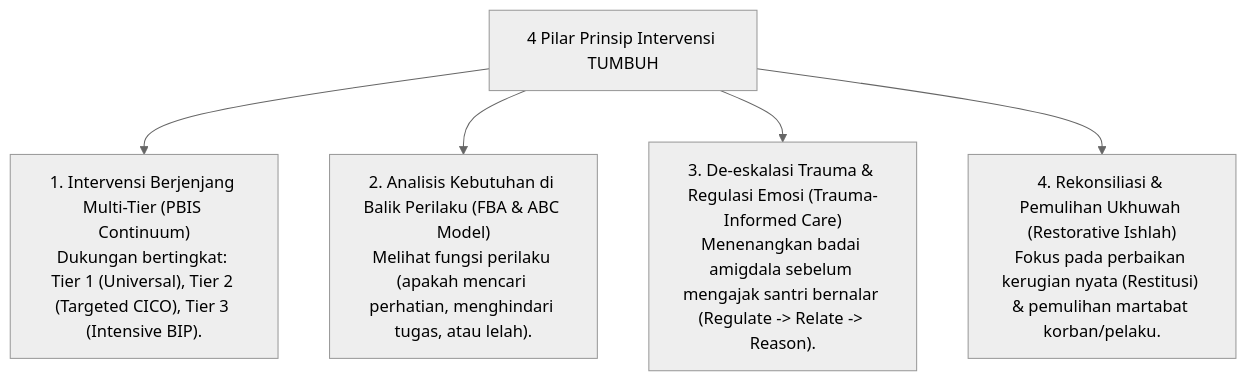
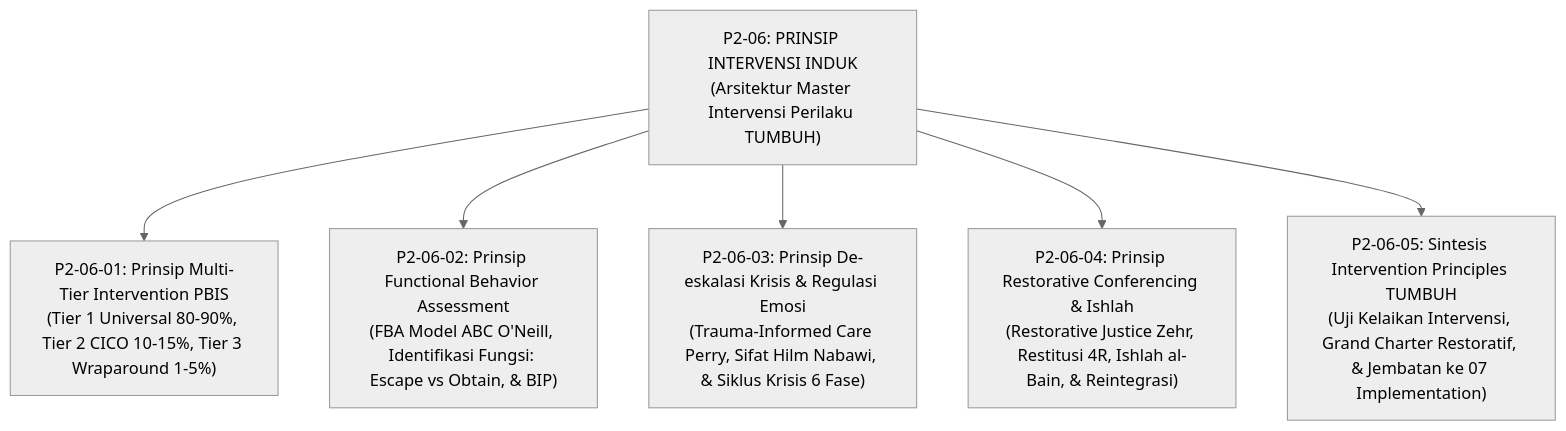
The second of 3 diagrams in 02 Principles/06 Intervention Principles/P2-06-Prinsip-Intervensi-Perilaku-TUMBUH.md (wandiapriliyandi/tumbuh), drawn with Mermaid (neutral theme) before and after one commit. The commit also changed other lines of this file and 42 other files, not shown here.

````diff
--- a/02 Principles/06 Intervention Principles/P2-06-Prinsip-Intervensi-Perilaku-TUMBUH.md
+++ b/02 Principles/06 Intervention Principles/P2-06-Prinsip-Intervensi-Perilaku-TUMBUH.md
@@ -10,9 +66,10 @@
 ```mermaid
 graph TD
-    Intervensi["4 Pilar Prinsip Intervensi TUMBUH"]
+    Master["P2-06: PRINSIP INTERVENSI INDUK<br/>(Arsitektur Master Intervensi Perilaku TUMBUH)"]
     
-    Intervensi --> I1["1. Intervensi Berjenjang Multi-Tier (PBIS Continuum)<br/>Dukungan bertingkat: Tier 1 (Universal), Tier 2 (Targeted CICO), Tier 3 (Intensive BIP)."]
-    Intervensi --> I2["2. Analisis Kebutuhan di Balik Perilaku (FBA & ABC Model)<br/>Melihat fungsi perilaku (apakah mencari perhatian, menghindari tugas, atau lelah)."]
-    Intervensi --> I3["3. De-eskalasi Trauma & Regulasi Emosi (Trauma-Informed Care)<br/>Menenangkan badai amigdala sebelum mengajak santri bernalar (Regulate -> Relate -> Reason)."]
-    Intervensi --> I4["4. Rekonsiliasi & Pemulihan Ukhuwah (Restorative Ishlah)<br/>Fokus pada perbaikan kerugian nyata (Restitusi) & pemulihan martabat korban/pelaku."]
+    Master --> M1["P2-06-01: Prinsip Multi-Tier Intervention PBIS<br/>(Tier 1 Universal 80-90%, Tier 2 CICO 10-15%, Tier 3 Wraparound 1-5%)"]
+    Master --> M2["P2-06-02: Prinsip Functional Behavior Assessment<br/>(FBA Model ABC O'Neill, Identifikasi Fungsi: Escape vs Obtain, & BIP)"]
+    Master --> M3["P2-06-03: Prinsip De-eskalasi Krisis & Regulasi Emosi<br/>(Trauma-Informed Care Perry, Sifat Hilm Nabawi, & Siklus Krisis 6 Fase)"]
+    Master --> M4["P2-06-04: Prinsip Restorative Conferencing & Ishlah<br/>(Restorative Justice Zehr, Restitusi 4R, Ishlah al-Bain, & Reintegrasi)"]
+    Master --> M5["P2-06-05: Sintesis Intervention Principles TUMBUH<br/>(Uji Kelaikan Intervensi, Grand Charter Restoratif, & Jembatan ke 07 Implementation)"]
 ```
````
